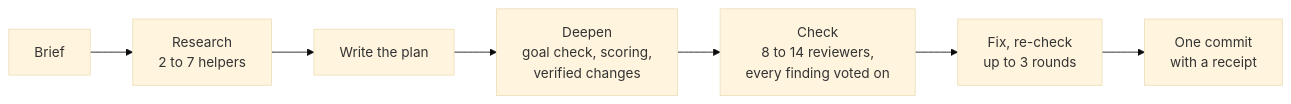
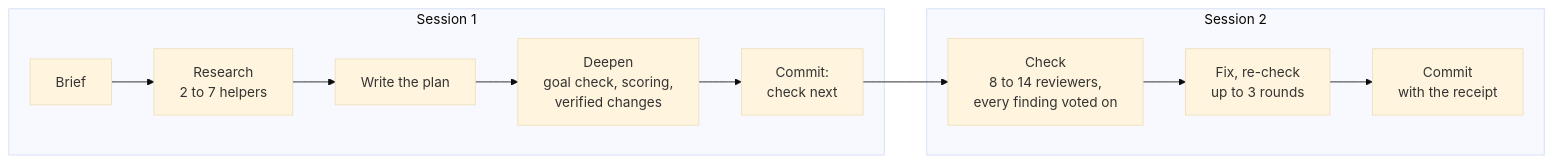
The diagram in projects/skills/ultramode-plan/README.md (mbriggsy/ai-learning-journey), drawn with Mermaid (base theme) before and after one commit. The commit also changed other lines of this file and 13 other files, not shown here.

````diff
--- a/projects/skills/ultramode-plan/README.md
+++ b/projects/skills/ultramode-plan/README.md
@@ -16,9 +17,14 @@
 ```mermaid
 flowchart LR
-    B[Brief] --> R[Research<br/>2 to 7 helpers]
-    R --> W[Write the plan]
-    W --> D[Deepen<br/>goal check, scoring,<br/>verified changes]
-    D --> C[Check<br/>8 to 14 reviewers,<br/>every finding voted on]
-    C --> F[Fix, re-check<br/>up to 3 rounds]
-    F --> K[One commit<br/>with a receipt]
+    subgraph S1[Session 1]
+        B[Brief] --> R[Research<br/>2 to 7 helpers]
+        R --> W[Write the plan]
+        W --> D[Deepen<br/>goal check, scoring,<br/>verified changes]
+        D --> K1[Commit:<br/>check next]
+    end
+    subgraph S2[Session 2]
+        C[Check<br/>8 to 14 reviewers,<br/>every finding voted on] --> F[Fix, re-check<br/>up to 3 rounds]
+        F --> K2[Commit<br/>with the receipt]
+    end
+    K1 --> C
 ```
````
